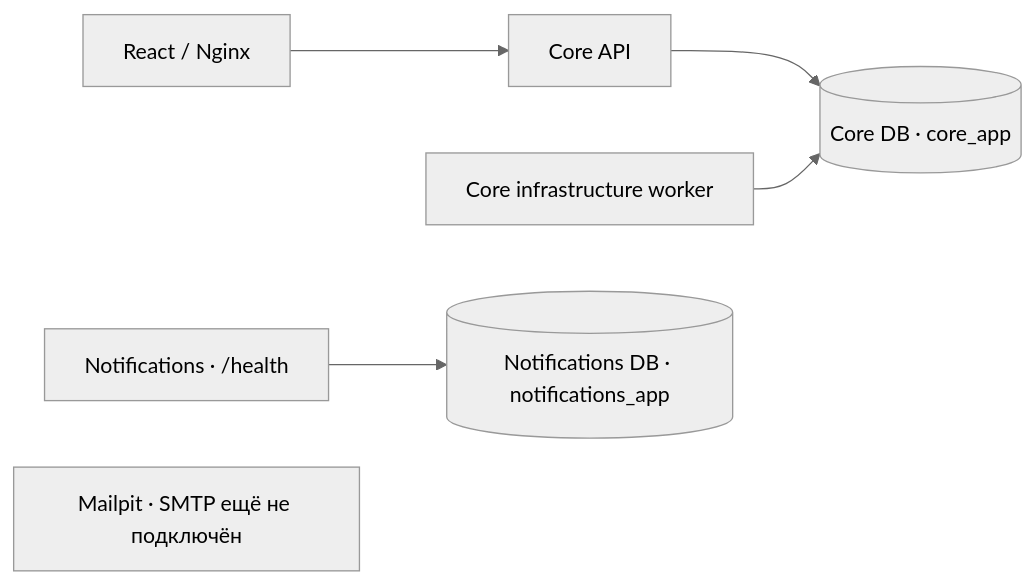
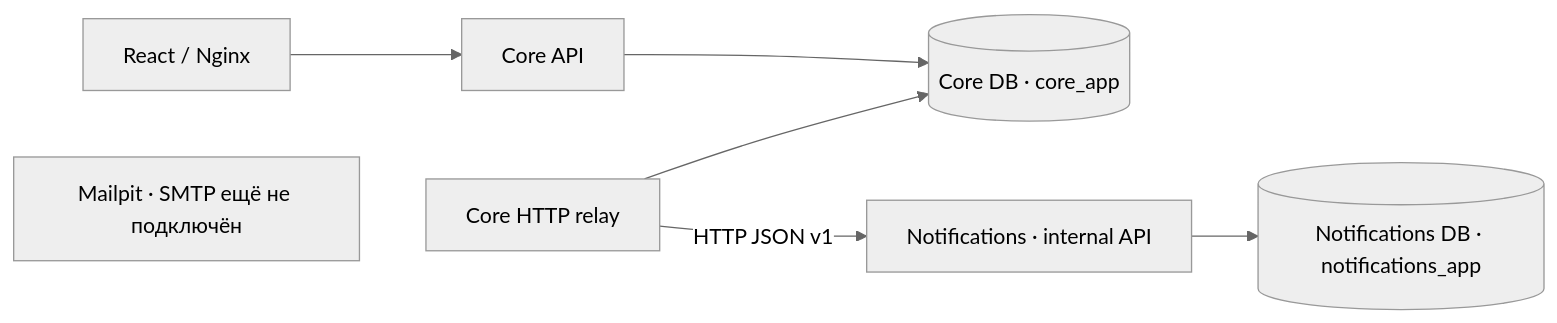
One commit to Bolat141101/event-registration changed the first of 2 diagrams in ARCHITECTURE.md. Above: the diagram before and after it, drawn with Mermaid (neutral theme). The commit also changed other lines of this file and 34 other files, not shown here.

````diff
--- a/ARCHITECTURE.md
+++ b/ARCHITECTURE.md
@@ -27,8 +27,9 @@
 ```mermaid
 flowchart LR
     F[React / Nginx] --> A[Core API]
     A --> C[(Core DB · core_app)]
-    W[Core infrastructure worker] --> C
-    N[Notifications · /health] --> D[(Notifications DB · notifications_app)]
+    W[Core HTTP relay] --> C
+    W -->|HTTP JSON v1| N
+    N[Notifications · internal API] --> D[(Notifications DB · notifications_app)]
     M[Mailpit · SMTP ещё не подключён]
 ```
````
